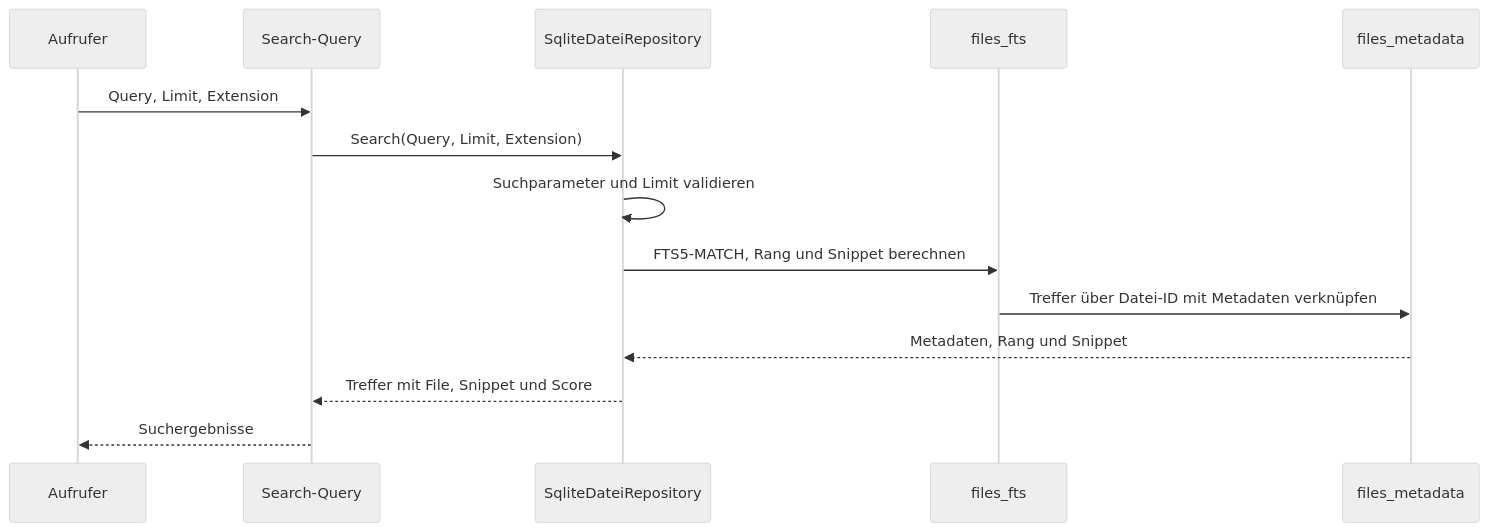
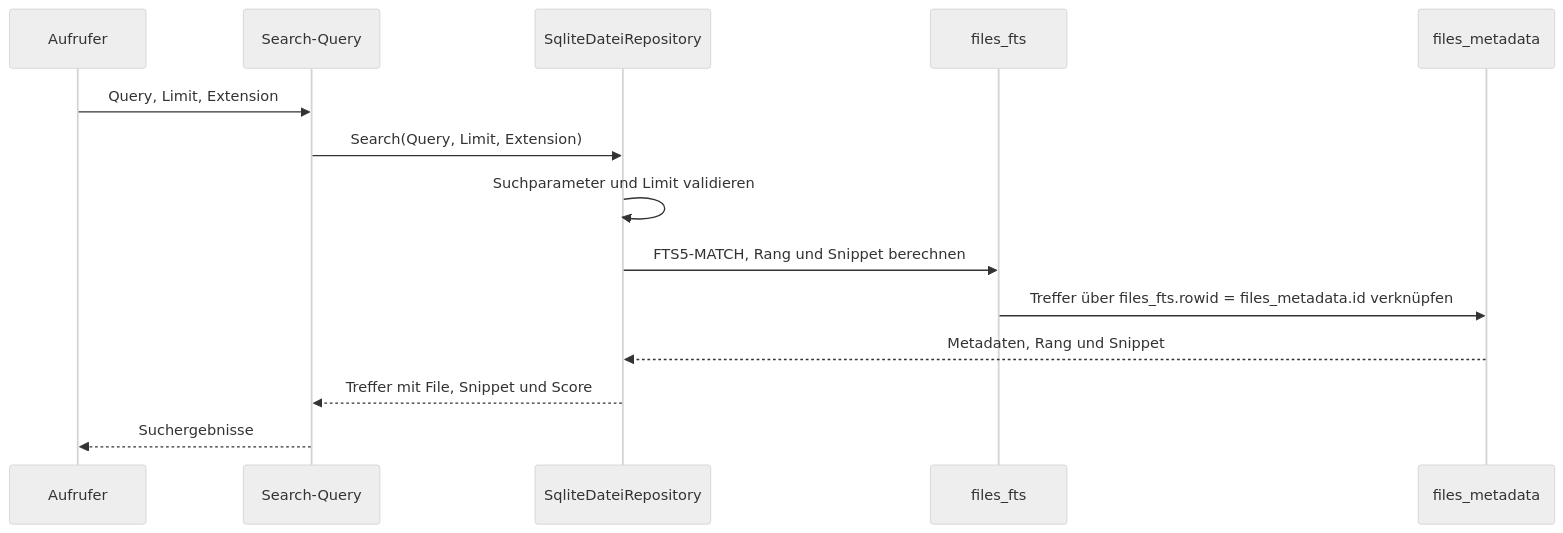
Before and after one commit to Henry-lge/PowerShell-Suchmaschine: diagram 11 of 12 in DATABASE.md, drawn with Mermaid (neutral theme). The commit also changed other lines of this file and 2 other files, not shown here.

````diff
--- a/DATABASE.md
+++ b/DATABASE.md
@@ -786,16 +1011,16 @@
 ```mermaid
 sequenceDiagram
     participant Caller as Aufrufer
     participant Query as Search-Query
     participant Repo as SqliteDateiRepository
     participant FTS as files_fts
     participant Meta as files_metadata
     Caller->>Query: Query, Limit, Extension
     Query->>Repo: Search(Query, Limit, Extension)
     Repo->>Repo: Suchparameter und Limit validieren
     Repo->>FTS: FTS5-MATCH, Rang und Snippet berechnen
-    FTS->>Meta: Treffer über Datei-ID mit Metadaten verknüpfen
+    FTS->>Meta: Treffer über files_fts.rowid = files_metadata.id verknüpfen
     Meta-->>Repo: Metadaten, Rang und Snippet
     Repo-->>Query: Treffer mit File, Snippet und Score
     Query-->>Caller: Suchergebnisse
 ```
````
